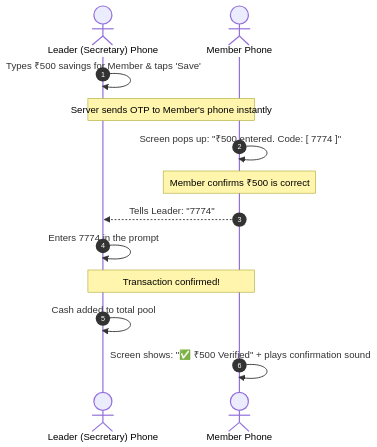
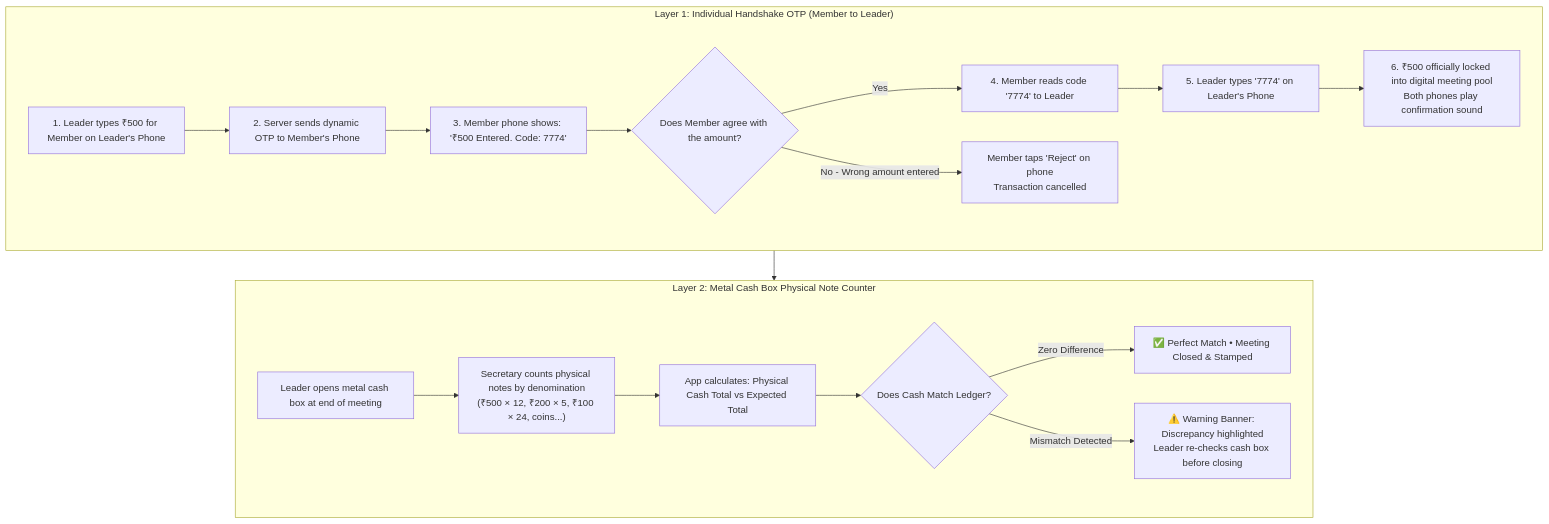
The second of 4 diagrams in README.md (AayushRahate07/shg-connect), drawn with Mermaid before and after one commit. The commit also changed other lines of this file, not shown here.

````diff
--- a/README.md
+++ b/README.md
@@ -55,16 +73,22 @@
 ```mermaid
-sequenceDiagram
-    autonumber
-    actor Leader as Leader (Secretary) Phone
-    actor Member as Member Phone
-    
-    Leader->>Leader: Types ₹500 savings for Member & taps 'Save'
-    Note over Leader,Member: Server sends OTP to Member's phone instantly
-    Member->>Member: Screen pops up: "₹500 entered. Code: [ 7774 ]"
-    Note over Member: Member confirms ₹500 is correct
-    Member-->>Leader: Tells Leader: "7774"
-    Leader->>Leader: Enters 7774 in the prompt
-    Note over Leader,Member: Transaction confirmed!
-    Leader->>Leader: Cash added to total pool
-    Member->>Member: Screen shows: "✅ ₹500 Verified" + plays confirmation sound
+flowchart TD
+    subgraph Layer1["Layer 1: Individual Handshake OTP (Member to Leader)"]
+        A1["1. Leader types ₹500 for Member on Leader's Phone"] --> A2["2. Server sends dynamic OTP to Member's Phone"]
+        A2 --> A3["3. Member phone shows: '₹500 Entered. Code: 7774'"]
+        A3 --> A4{"Does Member agree with the amount?"}
+        A4 -->|Yes| A5["4. Member reads code '7774' to Leader"]
+        A4 -->|No - Wrong amount entered| A6["Member taps 'Reject' on phone<br/>Transaction cancelled"]
+        A5 --> A7["5. Leader types '7774' on Leader's Phone"]
+        A7 --> A8["6. ₹500 officially locked into digital meeting pool<br/>Both phones play confirmation sound"]
+    end
+
+    subgraph Layer2["Layer 2: Metal Cash Box Physical Note Counter"]
+        B1["Leader opens metal cash box at end of meeting"] --> B2["Secretary counts physical notes by denomination<br/>(₹500 × 12, ₹200 × 5, ₹100 × 24, coins...)"]
+        B2 --> B3["App calculates: Physical Cash Total vs Expected Total"]
+        B3 --> B4{"Does Cash Match Ledger?"}
+        B4 -->|Zero Difference| B5["✅ Perfect Match • Meeting Closed & Stamped"]
+        B4 -->|Mismatch Detected| B6["⚠️ Warning Banner: Discrepancy highlighted<br/>Leader re-checks cash box before closing"]
+    end
+
+    Layer1 --> Layer2
 ```
````
